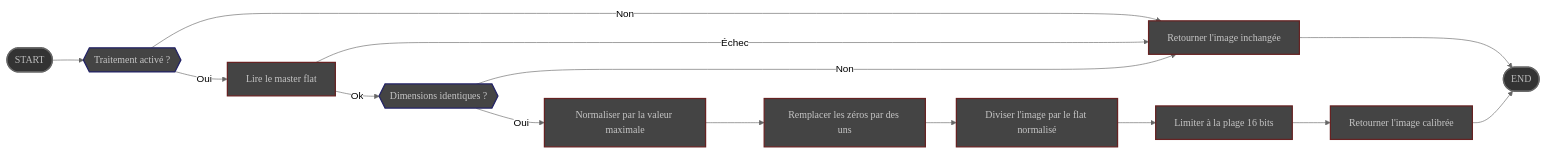
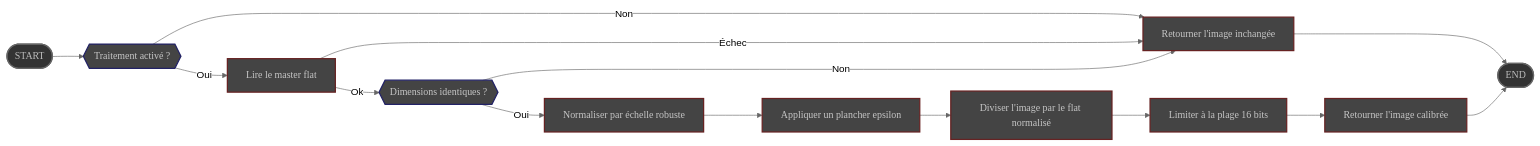
The diagram in website/content/fr/docs/v1.0/reference/modules/preprocess/flat_calibrate.md (deufrai/als), drawn with Mermaid (neutral theme) before and after one commit. The commit also changed other lines of this file and 42 other files, not shown here.

````diff
--- a/website/content/fr/docs/v1.0/reference/modules/preprocess/flat_calibrate.md
+++ b/website/content/fr/docs/v1.0/reference/modules/preprocess/flat_calibrate.md
@@ -42,45 +42,45 @@
 ```mermaid
 graph LR
 
 START([START])
 
 TEST_ENABLED{{Traitement activé ?}}
 READ_FLAT[Lire le master flat]
 TEST_SHAPE{{Dimensions identiques ?}}
-NORMALIZE[Normaliser par la valeur maximale]
-SAFEGUARD[Remplacer les zéros par des uns]
+    NORMALIZE[Normaliser par échelle robuste]
+    SAFEGUARD[Appliquer un plancher epsilon]
 DIVIDE[Diviser l'image par le flat normalisé]
 CLIP[Limiter à la plage 16 bits]
 RETURN[Retourner l'image calibrée]
 UNCHANGED[Retourner l'image inchangée]
 
 END([END])
 
 START --> TEST_ENABLED
 
 TEST_ENABLED ----->|Non| UNCHANGED
 TEST_ENABLED -->|Oui| READ_FLAT
 
 READ_FLAT ----->|Échec| UNCHANGED
 READ_FLAT -->|Ok| TEST_SHAPE
 
 TEST_SHAPE ----->|Non| UNCHANGED
 TEST_SHAPE -->|Oui| NORMALIZE
 
 NORMALIZE --> SAFEGUARD
 SAFEGUARD --> DIVIDE
 DIVIDE --> CLIP
 CLIP --> RETURN
 
 RETURN --> END
 UNCHANGED --> END
 
 classDef bounds fill: #333, stroke: #666, stroke-width: 2px, color: #BBB, font-family: 'Poppins', sans-serif
 classDef step fill: #444, stroke: #622, stroke-width:2px, color: #c6c6c6, font-family: 'Poppins',sans-serif
 classDef wait  fill: #444, stroke: #262,stroke-width: 2px, color: #c6c6c6, font-family:'Poppins', sans-serif
 classDef test fill: #444, stroke: #226, stroke-width: 2px, color: #c6c6c6, font-family: 'Poppins', sans-serif
 
 class TEST_ENABLED,TEST_SHAPE test
 class START,END bounds
 class RETURN,UNCHANGED,READ_FLAT,NORMALIZE,SAFEGUARD,DIVIDE,CLIP step
 ```
````
